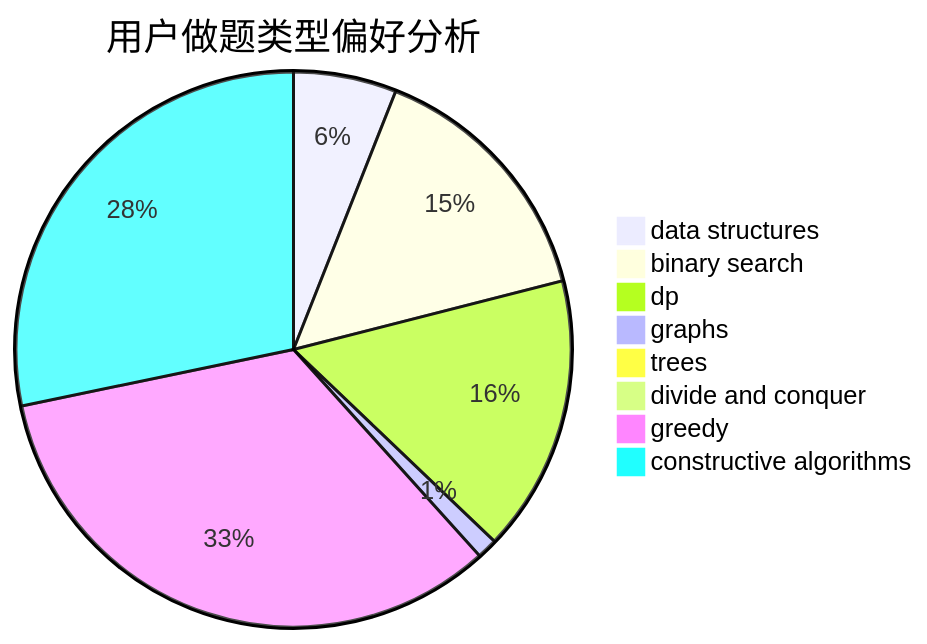
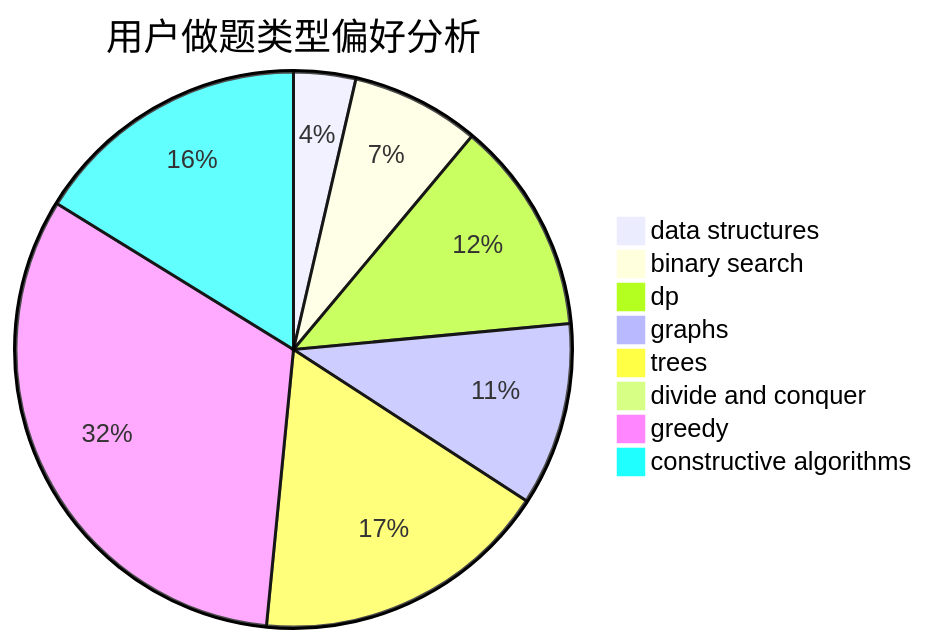
The second of 3 diagrams in docs/user/u1163.md (sherpahu/cfrs.github.io), drawn with Mermaid before and after one commit. The commit also changed other lines of this file and 2770 other files, not shown here.

````diff
--- a/docs/user/u1163.md
+++ b/docs/user/u1163.md
@@ -23,11 +23,11 @@
 ```mermaid
 pie title 用户做题类型偏好分析
-    "data structures" :  121
-    "binary search" :  303
-    "dp" :  325
-    "graphs" :  24
-    "trees" :  20
-    "divide and conquer" :  3
-    "greedy" :  674
-    "constructive algorithms" :  570
+    "data structures" :  43
+    "binary search" :  89
+    "dp" :  148
+    "graphs" :  127
+    "trees" :  207
+    "divide and conquer" :  12
+    "greedy" :  384
+    "constructive algorithms" :  193
 ```
````
